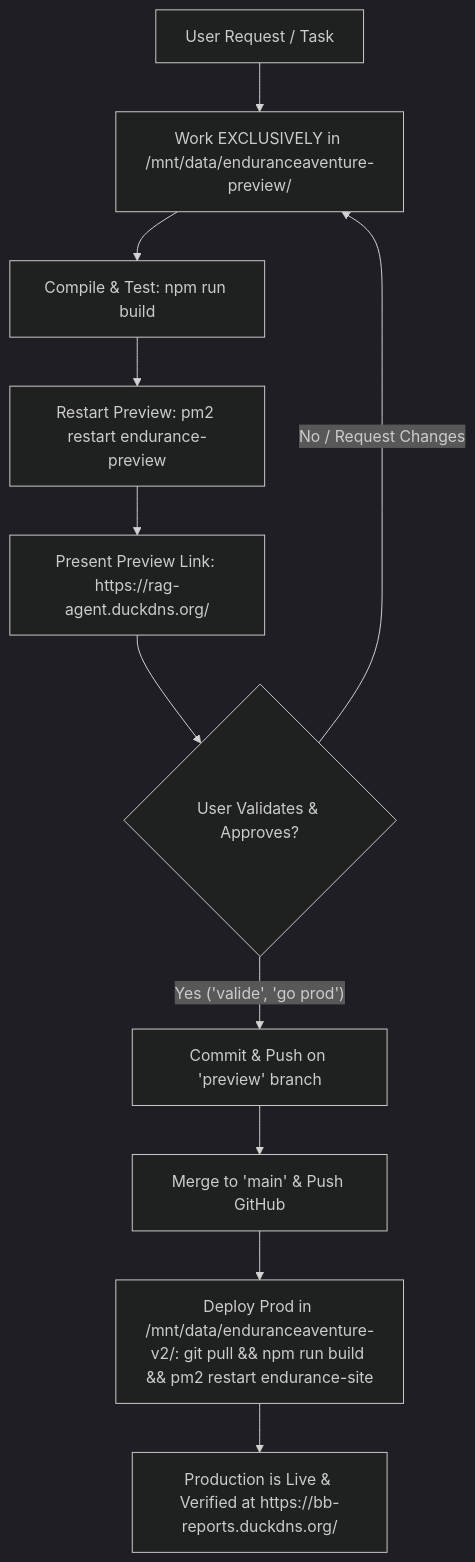
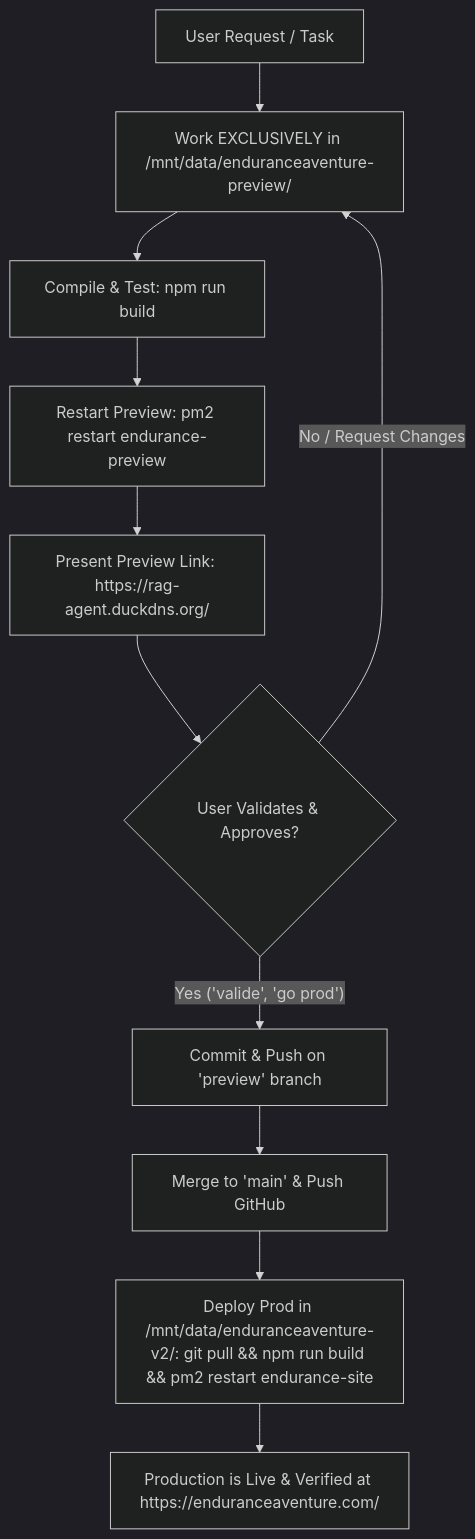
Before and after one commit to Yohaaaaan/enduranceaventure-v2: the diagram in CLAUDE.md, drawn with Mermaid (dark theme). The commit also changed other lines of this file and 1 other file, not shown here.

Commit message:
docs: update production domain to enduranceaventure.com across project docs

````diff
--- a/CLAUDE.md
+++ b/CLAUDE.md
@@ -27,13 +27,13 @@
 ```mermaid
 flowchart TD
     A["User Request / Task"] --> B["Work EXCLUSIVELY in /mnt/data/enduranceaventure-preview/"]
     B --> C["Compile & Test: npm run build"]
     C --> D["Restart Preview: pm2 restart endurance-preview"]
     D --> E["Present Preview Link: https://rag-agent.duckdns.org/"]
     E --> F{"User Validates & Approves?"}
     F -- "No / Request Changes" --> B
     F -- "Yes ('valide', 'go prod')" --> G["Commit & Push on 'preview' branch"]
     G --> H["Merge to 'main' & Push GitHub"]
     H --> I["Deploy Prod in /mnt/data/enduranceaventure-v2/: git pull && npm run build && pm2 restart endurance-site"]
-    I --> J["Production is Live & Verified at https://bb-reports.duckdns.org/"]
+    I --> J["Production is Live & Verified at https://enduranceaventure.com/"]
 ```
````
